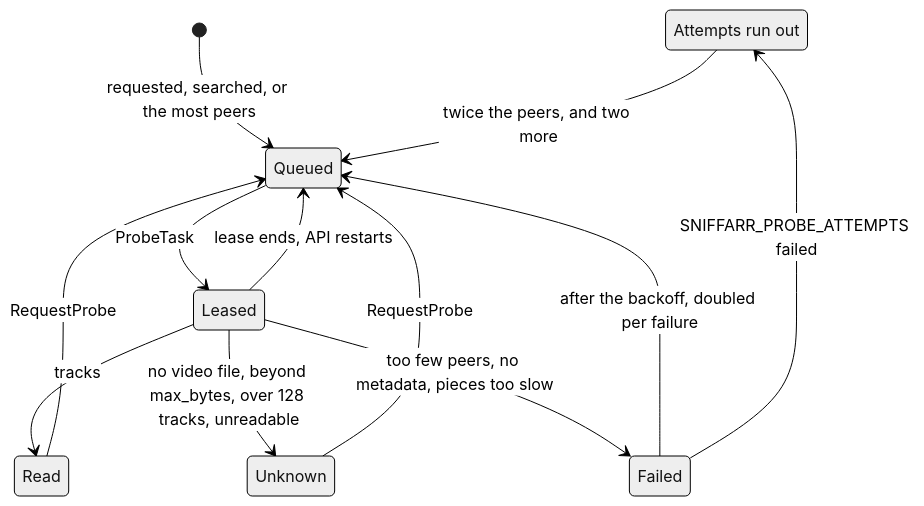
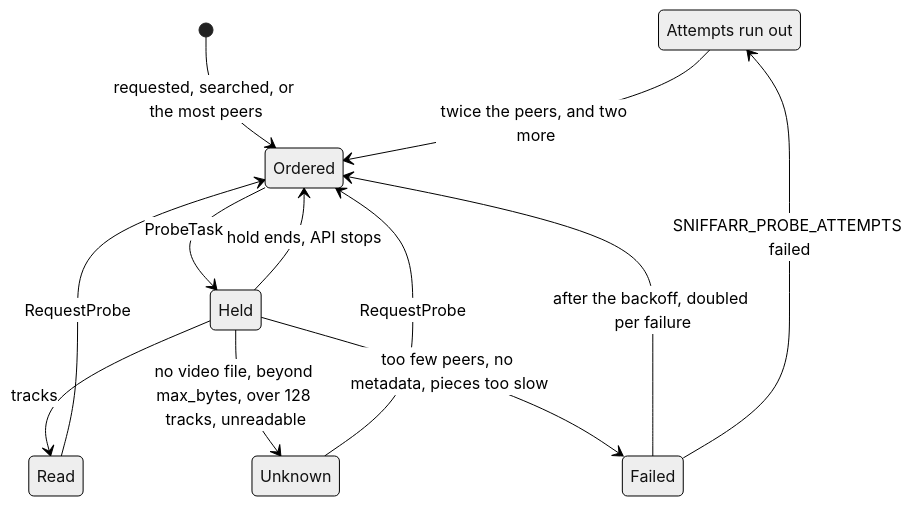
Before and after one commit to mikluko/sniffarr: the second of 2 diagrams in docs/probes.md, drawn with Mermaid (neutral theme). The commit also changed other lines of this file and 44 other files, not shown here.

First line of the commit message:
nats: probe orders on PROBE_ORDERS behind ProbeTask; task_queue dropped

````diff
--- a/docs/probes.md
+++ b/docs/probes.md
@@ -94,15 +97,15 @@
 ```mermaid
 stateDiagram-v2
     state "Attempts run out" as RunOut
-    [*] --> Queued: requested, searched, or the most peers
-    Queued --> Leased: ProbeTask
-    Leased --> Queued: lease ends, API restarts
-    Leased --> Read: tracks
-    Leased --> Unknown: no video file, beyond max_bytes, over 128 tracks, unreadable
-    Leased --> Failed: too few peers, no metadata, pieces too slow
-    Read --> Queued: RequestProbe
-    Unknown --> Queued: RequestProbe
-    Failed --> Queued: after the backoff, doubled per failure
+    [*] --> Ordered: requested, searched, or the most peers
+    Ordered --> Held: ProbeTask
+    Held --> Ordered: hold ends, API stops
+    Held --> Read: tracks
+    Held --> Unknown: no video file, beyond max_bytes, over 128 tracks, unreadable
+    Held --> Failed: too few peers, no metadata, pieces too slow
+    Read --> Ordered: RequestProbe
+    Unknown --> Ordered: RequestProbe
+    Failed --> Ordered: after the backoff, doubled per failure
     Failed --> RunOut: SNIFFARR_PROBE_ATTEMPTS failed
-    RunOut --> Queued: twice the peers, and two more
+    RunOut --> Ordered: twice the peers, and two more
 ```
````
